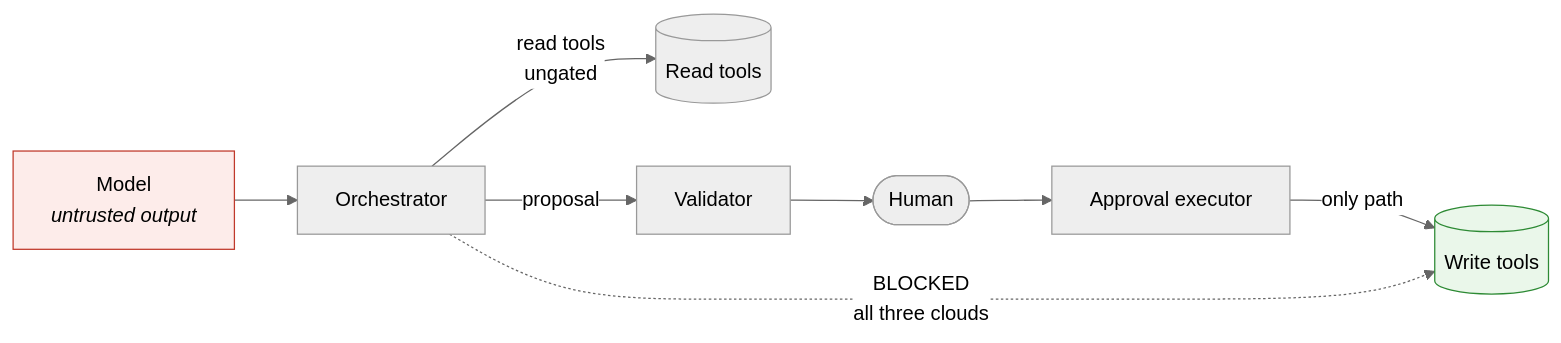
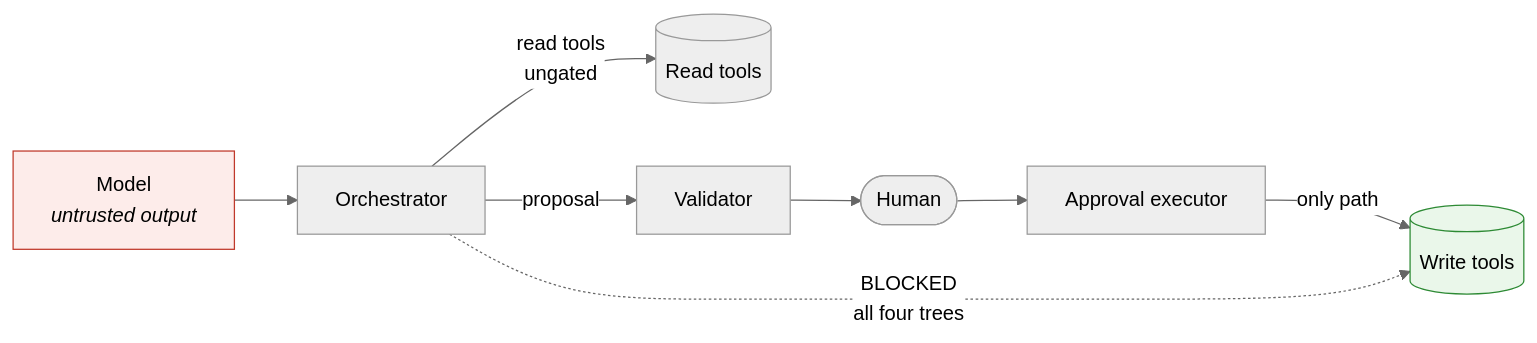
The diagram in docs/THREAT-MODEL.md (somesh-ghaturle/Agentic-AI-Systems), drawn with Mermaid (neutral theme) before and after one commit. The commit also changed other lines of this file and 58 other files, not shown here.

````diff
--- a/docs/THREAT-MODEL.md
+++ b/docs/THREAT-MODEL.md
@@ -32,15 +37,15 @@
 ```mermaid
 flowchart LR
     M["Model<br/><i>untrusted output</i>"] --> O["Orchestrator"]
     O -->|"read tools<br/>ungated"| R[("Read tools")]
     O -->|"proposal"| V["Validator"]
     V --> H(["Human"])
     H --> E["Approval executor"]
     E -->|"only path"| W[("Write tools")]
-    O -.->|"BLOCKED<br/>all three clouds"| W
+    O -.->|"BLOCKED<br/>all four trees"| W
 
     classDef bad fill:#fdecea,stroke:#c0392b
     classDef good fill:#eaf7ea,stroke:#2d8a34
     class W good
     class M bad
 ```
````
